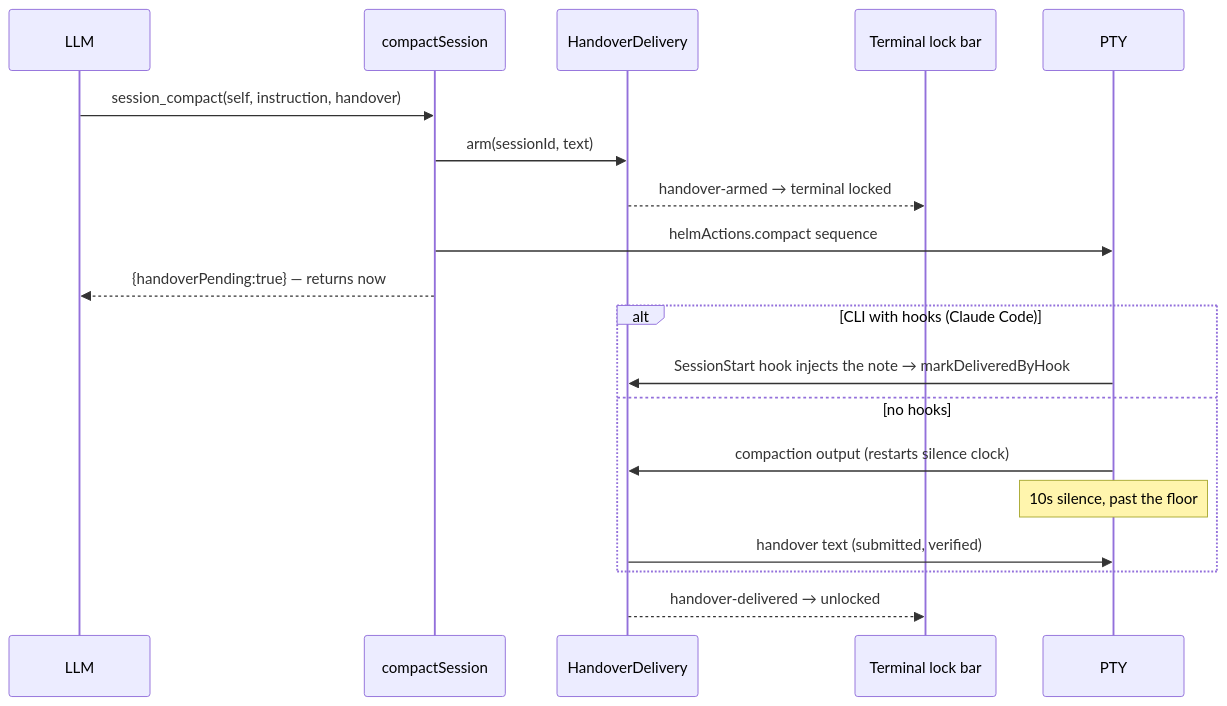
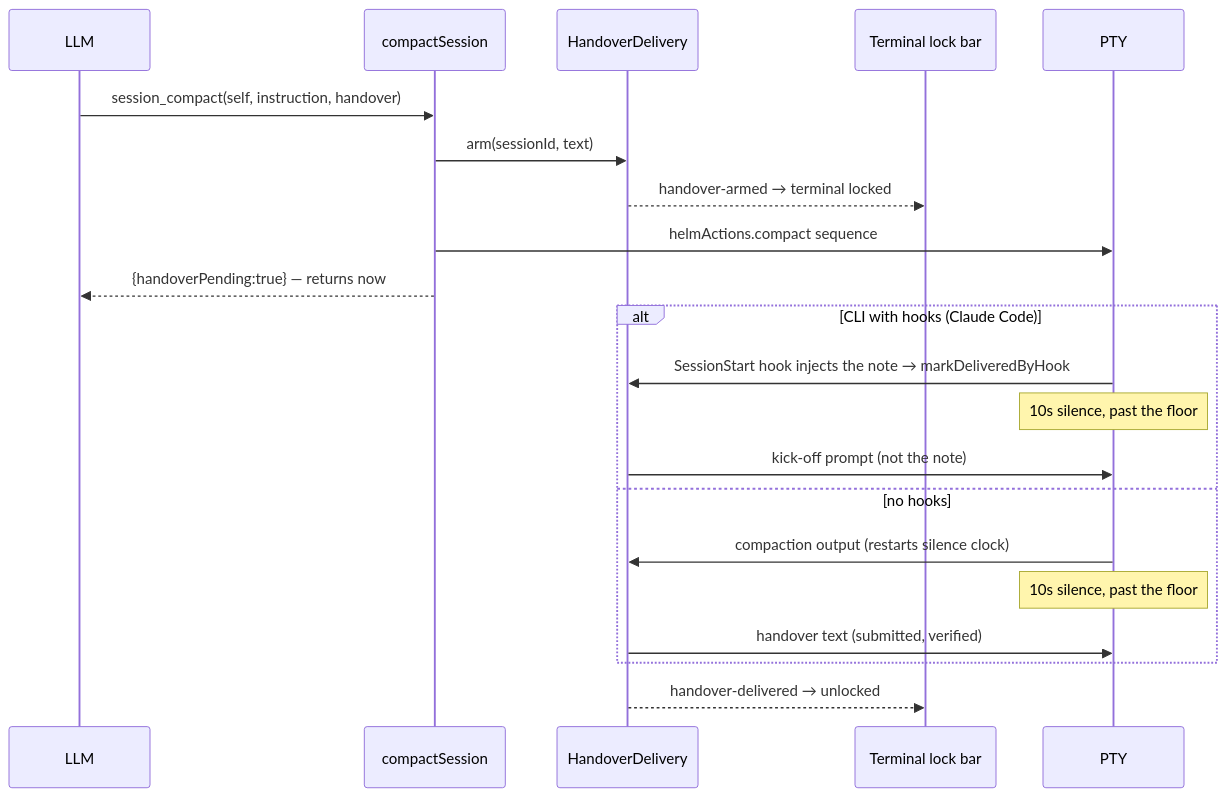
Before and after one commit to PetePeter/helm: the first of 3 diagrams in docs/handover.md, drawn with Mermaid. The commit also changed other lines of this file and 2 other files, not shown here.

First line of the commit message:
fix(handover): kick off a turn after a hook-delivered handover

````diff
--- a/docs/handover.md
+++ b/docs/handover.md
@@ -24,22 +24,24 @@
 ```mermaid
 sequenceDiagram
     participant LLM
     participant SC as compactSession
     participant HD as HandoverDelivery
     participant UI as Terminal lock bar
     participant PTY
 
     LLM->>SC: session_compact(self, instruction, handover)
     SC->>HD: arm(sessionId, text)
     HD-->>UI: handover-armed → terminal locked
     SC->>PTY: helmActions.compact sequence
     SC-->>LLM: {handoverPending:true} — returns now
     alt CLI with hooks (Claude Code)
         PTY->>HD: SessionStart hook injects the note → markDeliveredByHook
+        Note over PTY: 10s silence, past the floor
+        HD->>PTY: kick-off prompt (not the note)
     else no hooks
         PTY->>HD: compaction output (restarts silence clock)
         Note over PTY: 10s silence, past the floor
         HD->>PTY: handover text (submitted, verified)
     end
     HD-->>UI: handover-delivered → unlocked
 ```
````
